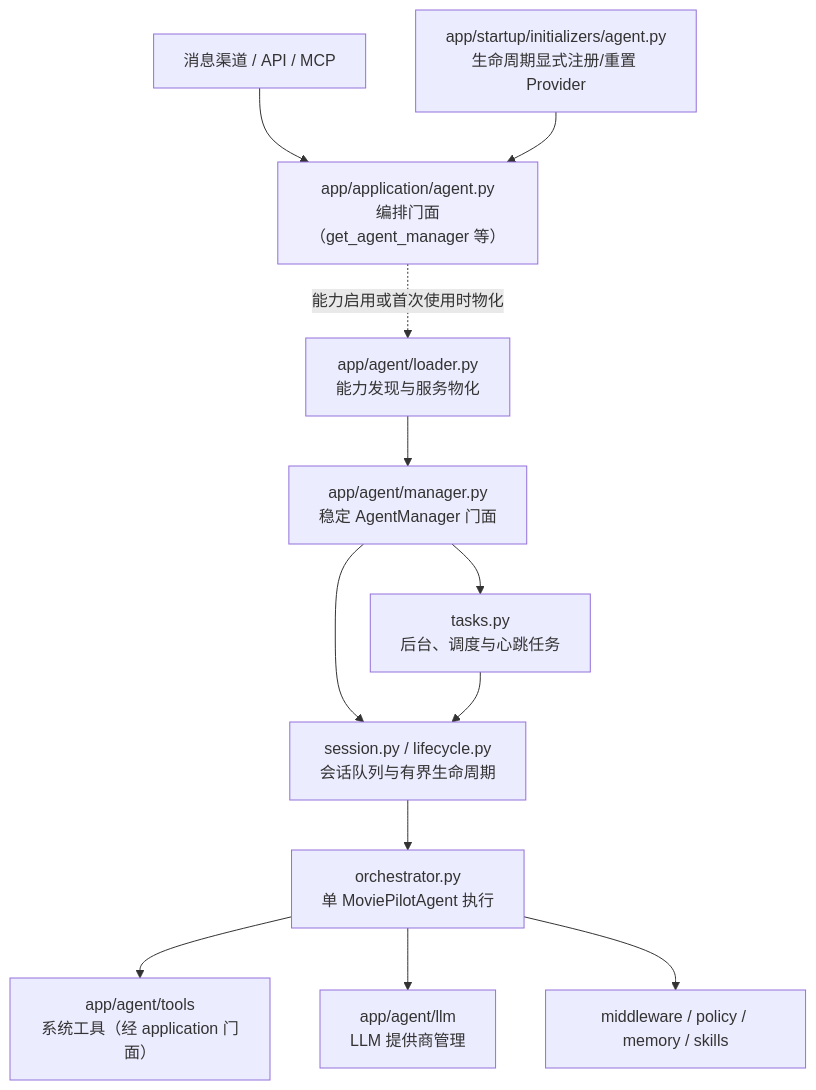
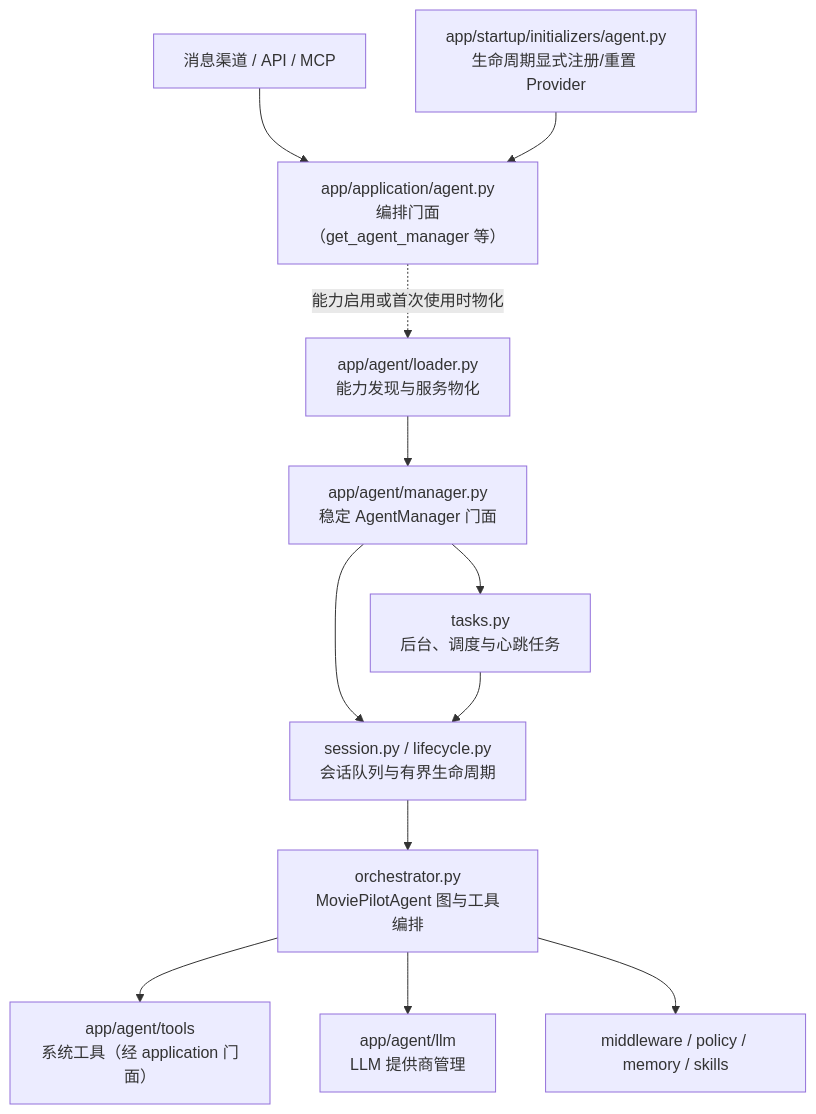
One commit to jxxghp/MoviePilot changed diagram 12 of 14 in docs/architecture-overview.md. Above: the diagram before and after it, drawn with Mermaid. The commit also changed other lines of this file, not shown here.

Commit message:
docs: refresh backend architecture overview

````diff
--- a/docs/architecture-overview.md
+++ b/docs/architecture-overview.md
@@ -592,17 +622,17 @@
 ```mermaid
 flowchart TB
     Entry["消息渠道 / API / MCP"] --> Facade["app/application/agent.py<br/>编排门面（get_agent_manager 等）"]
     Reg["app/startup/initializers/agent.py<br/>生命周期显式注册/重置 Provider"]
     Reg --> Facade
     Facade -.能力启用或首次使用时物化.-> RT["app/agent/loader.py<br/>能力发现与服务物化"]
     RT --> Manager["app/agent/manager.py<br/>稳定 AgentManager 门面"]
     Manager --> Session["session.py / lifecycle.py<br/>会话队列与有界生命周期"]
     Manager --> Tasks["tasks.py<br/>后台、调度与心跳任务"]
-    Session --> ORC["orchestrator.py<br/>单 MoviePilotAgent 执行"]
+    Session --> ORC["orchestrator.py<br/>MoviePilotAgent 图与工具编排"]
     Tasks --> Session
     ORC --> Tools["app/agent/tools<br/>系统工具（经 application 门面）"]
     ORC --> LLM["app/agent/llm<br/>LLM 提供商管理"]
     ORC --> MW["middleware / policy / memory / skills"]
 
     style Facade fill:#eef
 ```
````
